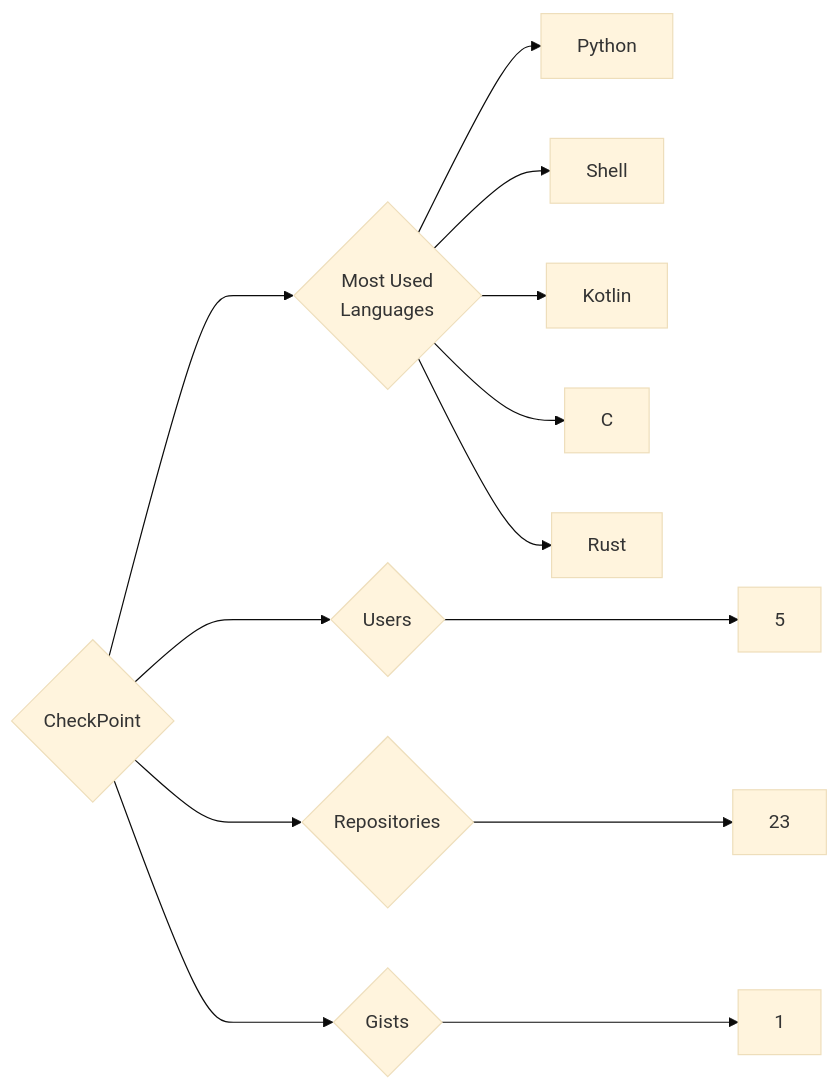
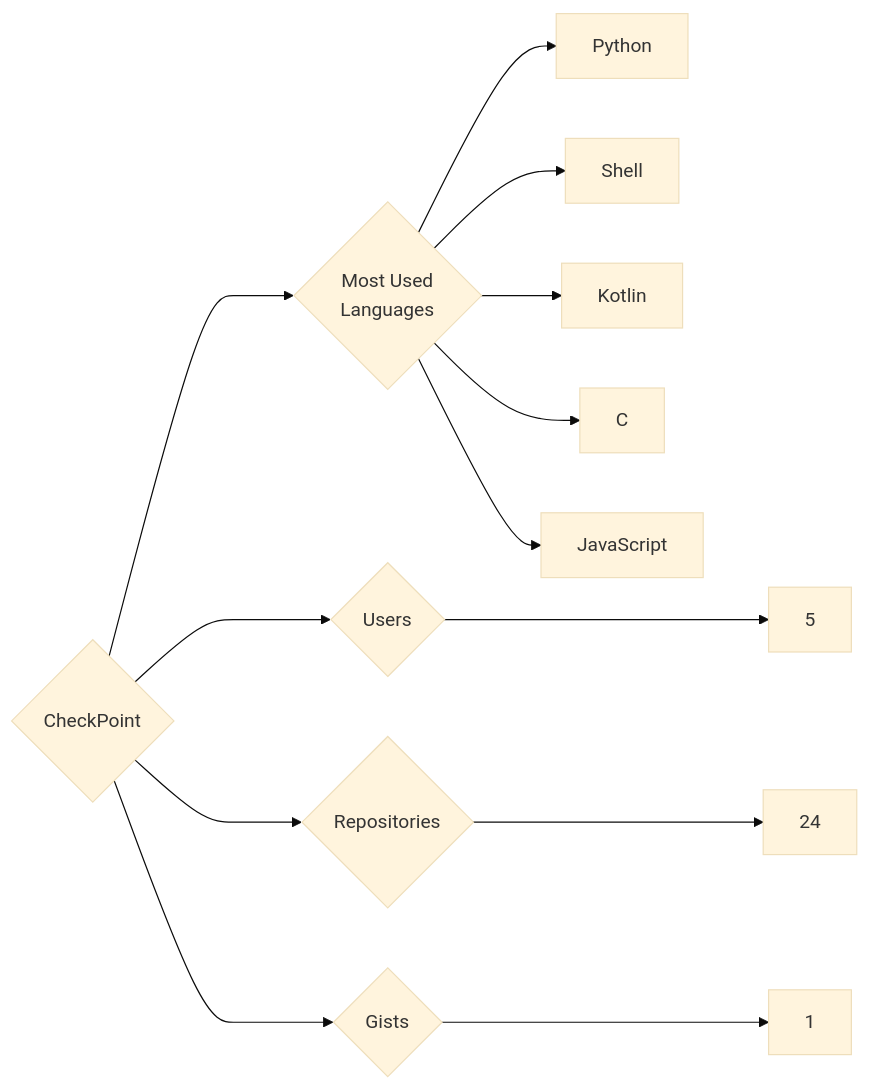
One commit to trickest/insiders changed the diagram in targets/CheckPoint/README.md. Above: the diagram before and after it, drawn with Mermaid (base theme). The commit also changed 1088 other files, not shown here.

````diff
--- a/targets/CheckPoint/README.md
+++ b/targets/CheckPoint/README.md
@@ -3,13 +3,13 @@
 ```mermaid
 graph LR
 COMPANY_NAME{CheckPoint}
 COMPANY_NAME ---> U{Users} ---> UN[5]
-COMPANY_NAME ---> R{Repositories} ---> RN[23]
+COMPANY_NAME ---> R{Repositories} ---> RN[24]
 COMPANY_NAME ---> G{Gists} ---> GN[1]
 COMPANY_NAME ---> ML{Most Used<br>Languages}
 ML --> Python[Python]
 ML --> Shell[Shell]
 ML --> Kotlin[Kotlin]
 ML --> C[C]
-ML --> Rust[Rust]
+ML --> JavaScript[JavaScript]
 ```
````
